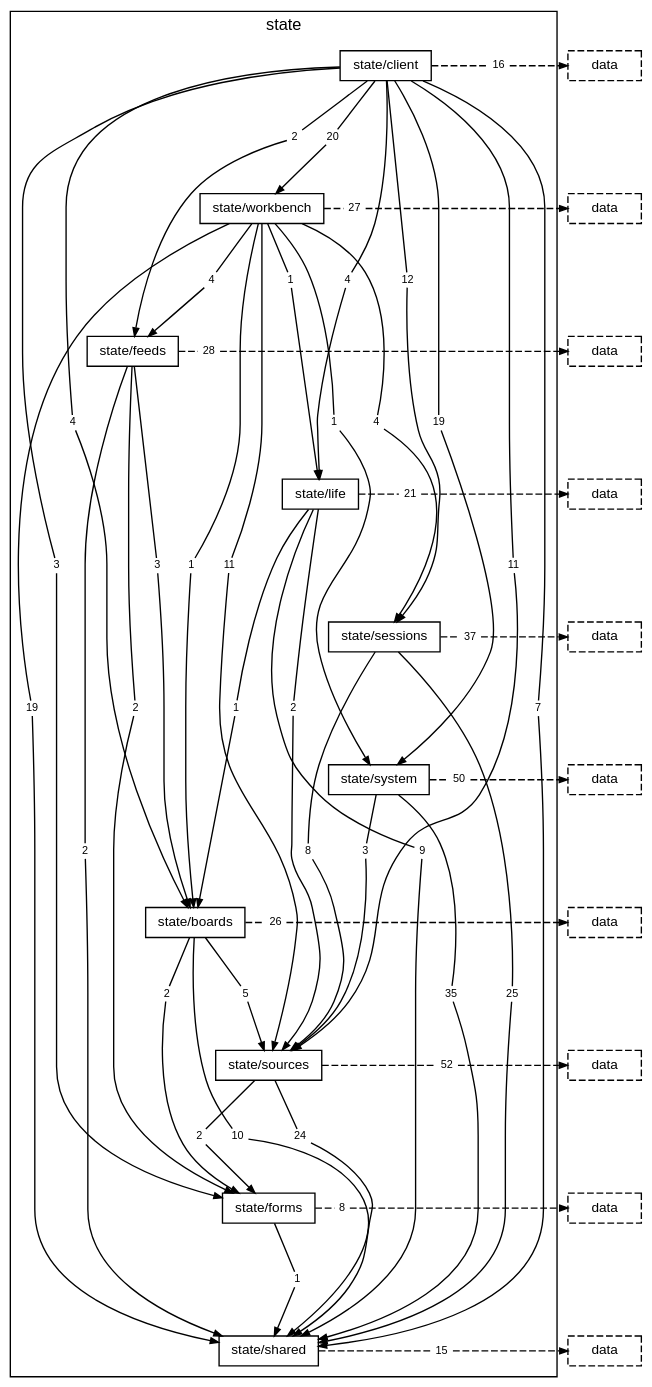
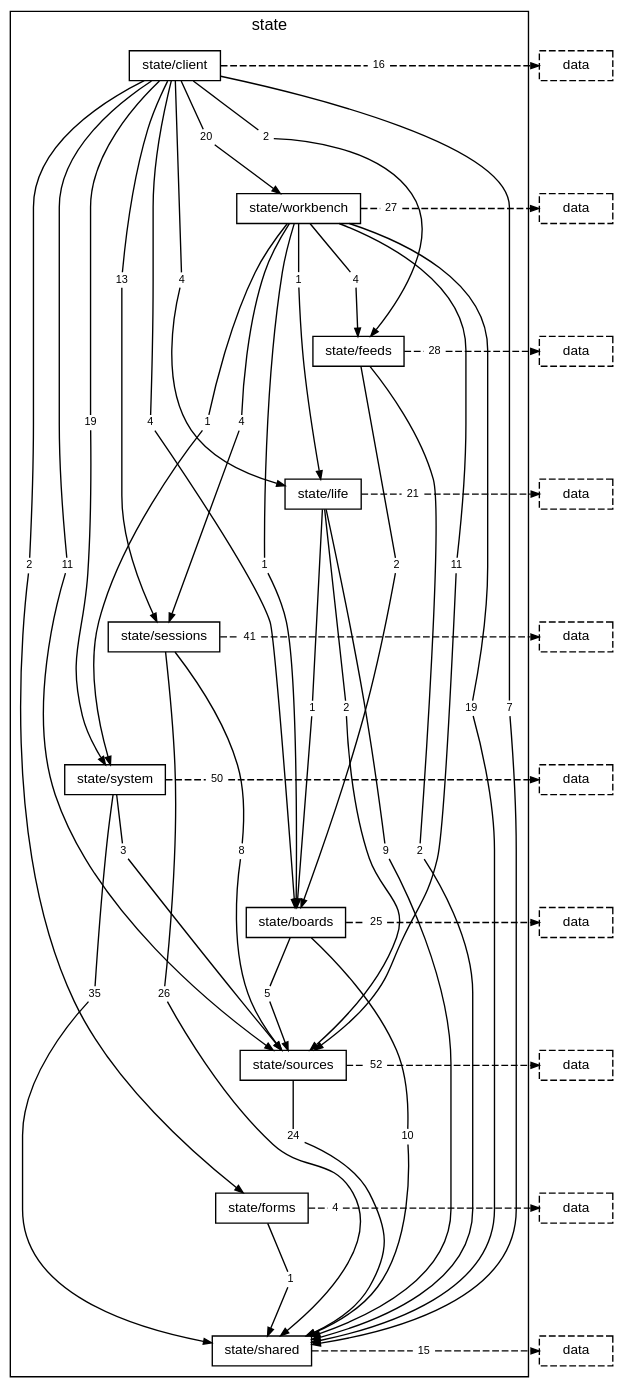
Before and after one commit to TheAxeC/oculus: the diagram in docs/diagrams/layer-state.dot, drawn with Graphviz. The commit also changed 153 other files, not shown here.

```diff
--- a/docs/diagrams/layer-state.dot
+++ b/docs/diagrams/layer-state.dot
@@ -16,9 +16,9 @@
         "folder state/shared" [label="state/shared"];
         "folder state/client to folder state/boards" [label="4", shape=box, color="transparent", fontsize=8, width=0, height=0, margin="0.04,0.02"];
         "folder state/client to folder state/feeds" [label="2", shape=box, color="transparent", fontsize=8, width=0, height=0, margin="0.04,0.02"];
-        "folder state/client to folder state/forms" [label="3", shape=box, color="transparent", fontsize=8, width=0, height=0, margin="0.04,0.02"];
+        "folder state/client to folder state/forms" [label="2", shape=box, color="transparent", fontsize=8, width=0, height=0, margin="0.04,0.02"];
         "folder state/client to folder state/life" [label="4", shape=box, color="transparent", fontsize=8, width=0, height=0, margin="0.04,0.02"];
-        "folder state/client to folder state/sessions" [label="12", shape=box, color="transparent", fontsize=8, width=0, height=0, margin="0.04,0.02"];
+        "folder state/client to folder state/sessions" [label="13", shape=box, color="transparent", fontsize=8, width=0, height=0, margin="0.04,0.02"];
         "folder state/client to folder state/shared" [label="7", shape=box, color="transparent", fontsize=8, width=0, height=0, margin="0.04,0.02"];
         "folder state/client to folder state/sources" [label="11", shape=box, color="transparent", fontsize=8, width=0, height=0, margin="0.04,0.02"];
         "folder state/client to folder state/system" [label="19", shape=box, color="transparent", fontsize=8, width=0, height=0, margin="0.04,0.02"];
@@ -32,29 +32,26 @@
         "folder state/workbench to folder state/sources" [label="11", shape=box, color="transparent", fontsize=8, width=0, height=0, margin="0.04,0.02"];
         "folder state/workbench to folder state/system" [label="1", shape=box, color="transparent", fontsize=8, width=0, height=0, margin="0.04,0.02"];
         "folder state/workbench to layer data" [label="27", shape=box, color="transparent", fontsize=8, width=0, height=0, margin="0.04,0.02"];
-        "folder state/feeds to folder state/boards" [label="3", shape=box, color="transparent", fontsize=8, width=0, height=0, margin="0.04,0.02"];
-        "folder state/feeds to folder state/forms" [label="2", shape=box, color="transparent", fontsize=8, width=0, height=0, margin="0.04,0.02"];
+        "folder state/feeds to folder state/boards" [label="2", shape=box, color="transparent", fontsize=8, width=0, height=0, margin="0.04,0.02"];
         "folder state/feeds to folder state/shared" [label="2", shape=box, color="transparent", fontsize=8, width=0, height=0, margin="0.04,0.02"];
         "folder state/feeds to layer data" [label="28", shape=box, color="transparent", fontsize=8, width=0, height=0, margin="0.04,0.02"];
         "folder state/life to folder state/boards" [label="1", shape=box, color="transparent", fontsize=8, width=0, height=0, margin="0.04,0.02"];
         "folder state/life to folder state/shared" [label="9", shape=box, color="transparent", fontsize=8, width=0, height=0, margin="0.04,0.02"];
         "folder state/life to folder state/sources" [label="2", shape=box, color="transparent", fontsize=8, width=0, height=0, margin="0.04,0.02"];
         "folder state/life to layer data" [label="21", shape=box, color="transparent", fontsize=8, width=0, height=0, margin="0.04,0.02"];
-        "folder state/sessions to folder state/shared" [label="25", shape=box, color="transparent", fontsize=8, width=0, height=0, margin="0.04,0.02"];
+        "folder state/sessions to folder state/shared" [label="26", shape=box, color="transparent", fontsize=8, width=0, height=0, margin="0.04,0.02"];
         "folder state/sessions to folder state/sources" [label="8", shape=box, color="transparent", fontsize=8, width=0, height=0, margin="0.04,0.02"];
-        "folder state/sessions to layer data" [label="37", shape=box, color="transparent", fontsize=8, width=0, height=0, margin="0.04,0.02"];
+        "folder state/sessions to layer data" [label="41", shape=box, color="transparent", fontsize=8, width=0, height=0, margin="0.04,0.02"];
         "folder state/system to folder state/shared" [label="35", shape=box, color="transparent", fontsize=8, width=0, height=0, margin="0.04,0.02"];
         "folder state/system to folder state/sources" [label="3", shape=box, color="transparent", fontsize=8, width=0, height=0, margin="0.04,0.02"];
         "folder state/system to layer data" [label="50", shape=box, color="transparent", fontsize=8, width=0, height=0, margin="0.04,0.02"];
-        "folder state/boards to folder state/forms" [label="2", shape=box, color="transparent", fontsize=8, width=0, height=0, margin="0.04,0.02"];
         "folder state/boards to folder state/shared" [label="10", shape=box, color="transparent", fontsize=8, width=0, height=0, margin="0.04,0.02"];
         "folder state/boards to folder state/sources" [label="5", shape=box, color="transparent", fontsize=8, width=0, height=0, margin="0.04,0.02"];
-        "folder state/boards to layer data" [label="26", shape=box, color="transparent", fontsize=8, width=0, height=0, margin="0.04,0.02"];
-        "folder state/sources to folder state/forms" [label="2", shape=box, color="transparent", fontsize=8, width=0, height=0, margin="0.04,0.02"];
+        "folder state/boards to layer data" [label="25", shape=box, color="transparent", fontsize=8, width=0, height=0, margin="0.04,0.02"];
         "folder state/sources to folder state/shared" [label="24", shape=box, color="transparent", fontsize=8, width=0, height=0, margin="0.04,0.02"];
         "folder state/sources to layer data" [label="52", shape=box, color="transparent", fontsize=8, width=0, height=0, margin="0.04,0.02"];
         "folder state/forms to folder state/shared" [label="1", shape=box, color="transparent", fontsize=8, width=0, height=0, margin="0.04,0.02"];
-        "folder state/forms to layer data" [label="8", shape=box, color="transparent", fontsize=8, width=0, height=0, margin="0.04,0.02"];
+        "folder state/forms to layer data" [label="4", shape=box, color="transparent", fontsize=8, width=0, height=0, margin="0.04,0.02"];
         "folder state/shared to layer data" [label="15", shape=box, color="transparent", fontsize=8, width=0, height=0, margin="0.04,0.02"];
     }
     "layer data from folder state/client" [label="data", style=dashed];
@@ -116,8 +113,6 @@
     { rank=same; "folder state/workbench"; "folder state/workbench to layer data"; "layer data from folder state/workbench"; }
     "folder state/feeds" -> "folder state/feeds to folder state/boards" [arrowhead=none, minlen=3, weight=10];
     "folder state/feeds to folder state/boards" -> "folder state/boards" [];
-    "folder state/feeds" -> "folder state/feeds to folder state/forms" [arrowhead=none, minlen=5, weight=10];
-    "folder state/feeds to folder state/forms" -> "folder state/forms" [];
     "folder state/feeds" -> "folder state/feeds to folder state/shared" [arrowhead=none, minlen=7, weight=10];
     "folder state/feeds to folder state/shared" -> "folder state/shared" [];
     "folder state/feeds" -> "folder state/feeds to layer data" [arrowhead=none, style=dashed];
@@ -146,8 +141,6 @@
     "folder state/system" -> "folder state/system to layer data" [arrowhead=none, style=dashed];
     "folder state/system to layer data" -> "layer data from folder state/system" [style=dashed];
     { rank=same; "folder state/system"; "folder state/system to layer data"; "layer data from folder state/system"; }
-    "folder state/boards" -> "folder state/boards to folder state/forms" [arrowhead=none, minlen=1, weight=10];
-    "folder state/boards to folder state/forms" -> "folder state/forms" [];
     "folder state/boards" -> "folder state/boards to folder state/shared" [arrowhead=none, minlen=3, weight=10];
     "folder state/boards to folder state/shared" -> "folder state/shared" [];
     "folder state/boards" -> "folder state/boards to folder state/sources" [arrowhead=none, minlen=1, weight=10];
@@ -155,8 +148,6 @@
     "folder state/boards" -> "folder state/boards to layer data" [arrowhead=none, style=dashed];
     "folder state/boards to layer data" -> "layer data from folder state/boards" [style=dashed];
     { rank=same; "folder state/boards"; "folder state/boards to layer data"; "layer data from folder state/boards"; }
-    "folder state/sources" -> "folder state/sources to folder state/forms" [arrowhead=none, minlen=1, weight=10];
-    "folder state/sources to folder state/forms" -> "folder state/forms" [];
     "folder state/sources" -> "folder state/sources to folder state/shared" [arrowhead=none, minlen=1, weight=10];
     "folder state/sources to folder state/shared" -> "folder state/shared" [];
     "folder state/sources" -> "folder state/sources to layer data" [arrowhead=none, style=dashed];
```
